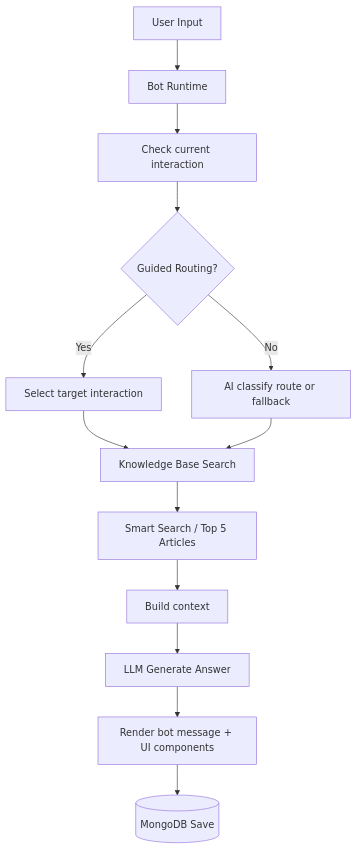
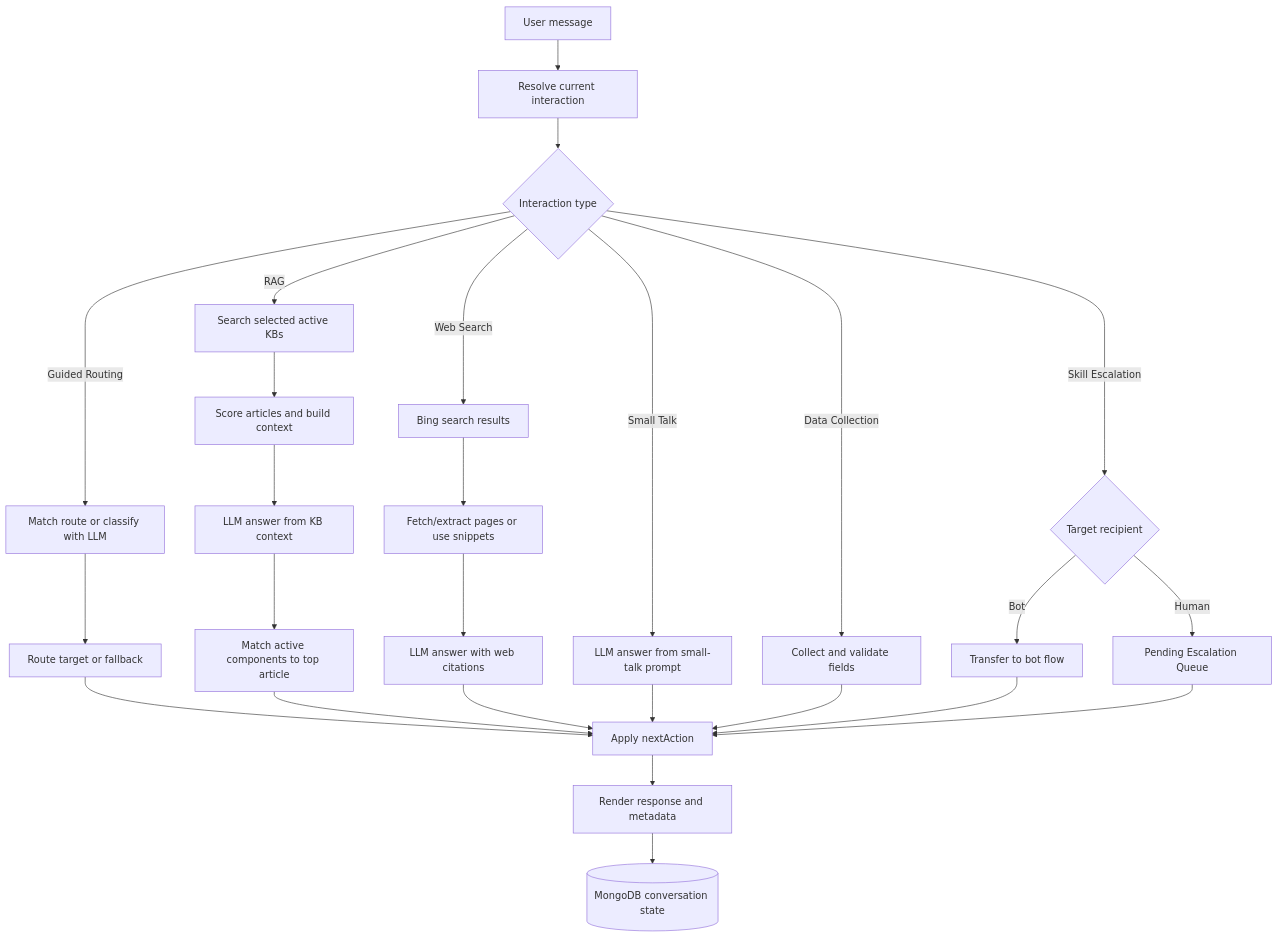
Before and after one commit to RendraNurYuliadi/Ai-Agent-Project: the diagram in README2.md, drawn with Mermaid. The commit also changed other lines of this file and 21 other files, not shown here.

````diff
--- a/README2.md
+++ b/README2.md
@@ -360,15 +372,28 @@
 ```mermaid
 flowchart TD
-    U[User Input] --> B[Bot Runtime]
-    B --> R[Check current interaction]
-    R --> G{Guided Routing?}
-    G -->|Yes| A[Select target interaction]
-    G -->|No| L[AI classify route or fallback]
-    A --> K[Knowledge Base Search]
-    L --> K
-    K --> S[Smart Search / Top 5 Articles]
-    S --> C[Build context]
-    C --> M[LLM Generate Answer]
-    M --> D[Render bot message + UI components]
-    D --> DB[(MongoDB Save)]
+    U[User message] --> R[Resolve current interaction]
+    R --> T{Interaction type}
+    T -->|Guided Routing| G[Match route or classify with LLM]
+    G --> N[Route target or fallback]
+    T -->|RAG| K[Search selected active KBs]
+    K --> S[Score articles and build context]
+    S --> C[LLM answer from KB context]
+    C --> P[Match active components to top article]
+    T -->|Web Search| W[Bing search results]
+    W --> X[Fetch/extract pages or use snippets]
+    X --> Y[LLM answer with web citations]
+    T -->|Small Talk| A[LLM answer from small-talk prompt]
+    T -->|Data Collection| D[Collect and validate fields]
+    T -->|Skill Escalation| E{Target recipient}
+    E -->|Bot| B[Transfer to bot flow]
+    E -->|Human| H[Pending Escalation Queue]
+    N --> O[Apply nextAction]
+    P --> O
+    Y --> O
+    A --> O
+    D --> O
+    B --> O
+    H --> O
+    O --> M[Render response and metadata]
+    M --> DB[(MongoDB conversation state)]
 ```
````
